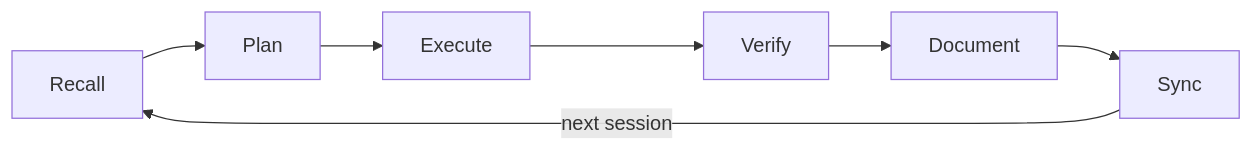
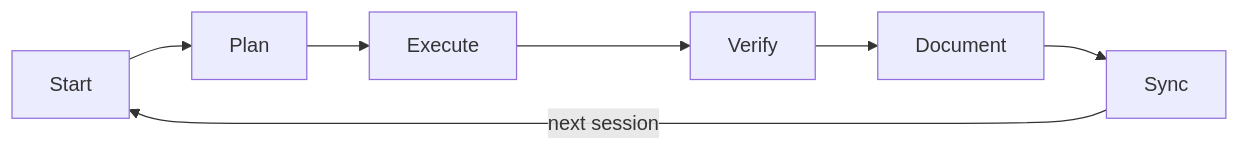
Before and after one commit to jrmoore-git/claude-build-os: the second of 4 diagrams in README.md, drawn with Mermaid. The commit also changed other lines of this file and 6 other files, not shown here.

````diff
--- a/README.md
+++ b/README.md
@@ -219,9 +219,9 @@
 ```mermaid
 flowchart LR
-    A[Recall] --> B[Plan]
+    A[Start] --> B[Plan]
     B --> C[Execute]
     C --> D[Verify]
     D --> E[Document]
     E --> F[Sync]
     F -->|next session| A
 ```
````
